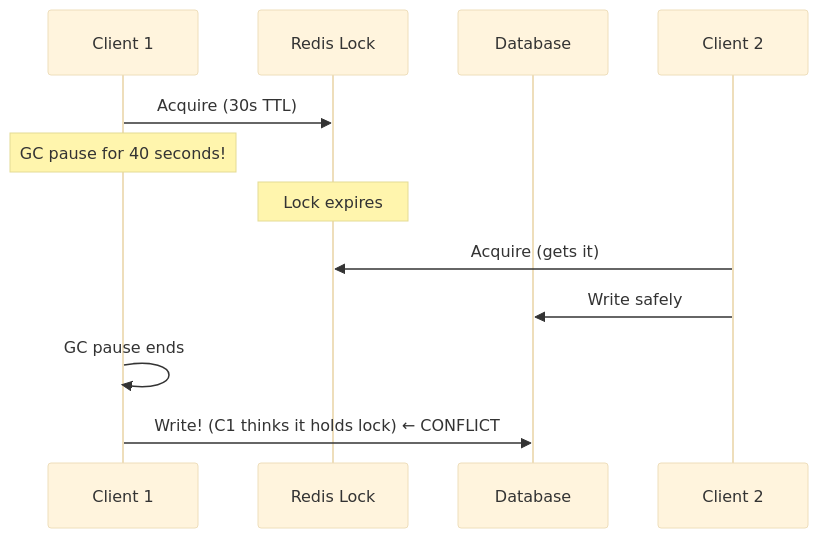
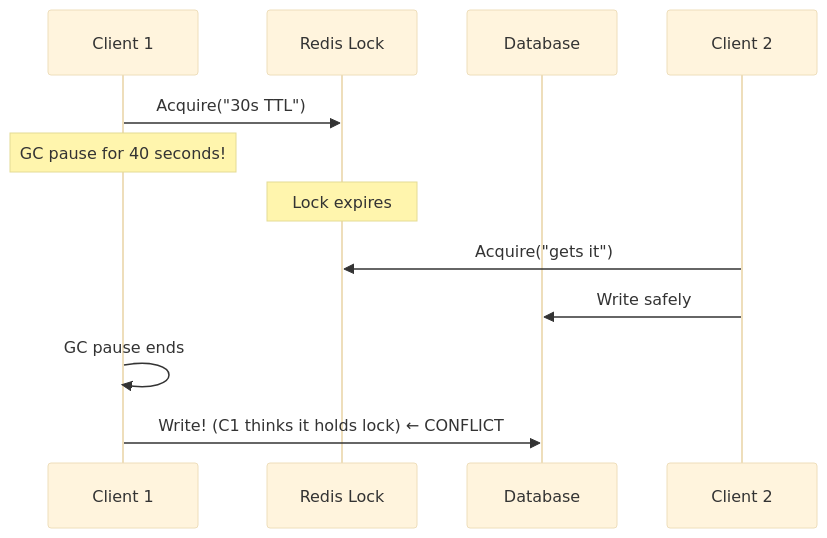
The diagram in content/questions/fundamentals/distributed-lock.md (pploc/swe-icon-the-moment), drawn with Mermaid (base theme) before and after one commit. The commit also changed 167 other files, not shown here.

````diff
--- a/content/questions/fundamentals/distributed-lock.md
+++ b/content/questions/fundamentals/distributed-lock.md
@@ -39,14 +39,15 @@
 ```mermaid
 sequenceDiagram
     participant C1 as Client 1
     participant Lock as Redis Lock
     participant DB as Database
-    C1->>Lock: Acquire (30s TTL)
+    C1->>Lock: Acquire("30s TTL")
     Note over C1: GC pause for 40 seconds!
     Note over Lock: Lock expires
     participant C2 as Client 2
-    C2->>Lock: Acquire (gets it)
+    C2->>Lock: Acquire("gets it")
     C2->>DB: Write safely
     C1->>C1: GC pause ends
     C1->>DB: Write! (C1 thinks it holds lock) ← CONFLICT
+
 ```
````
